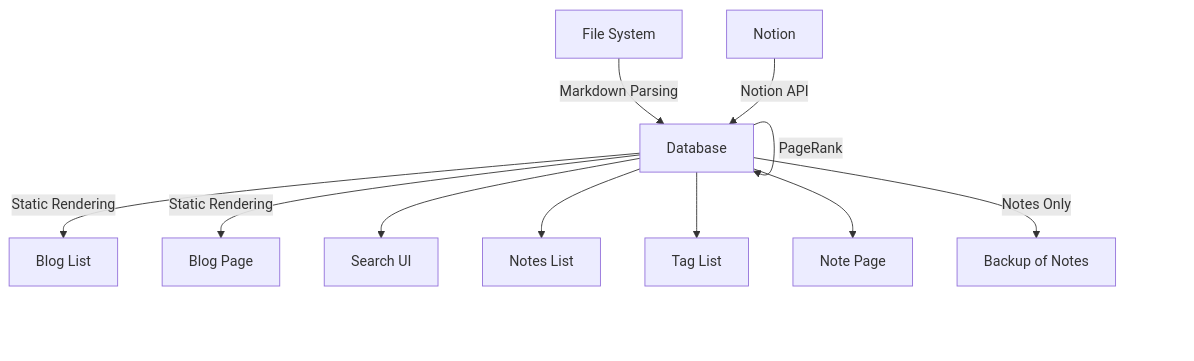
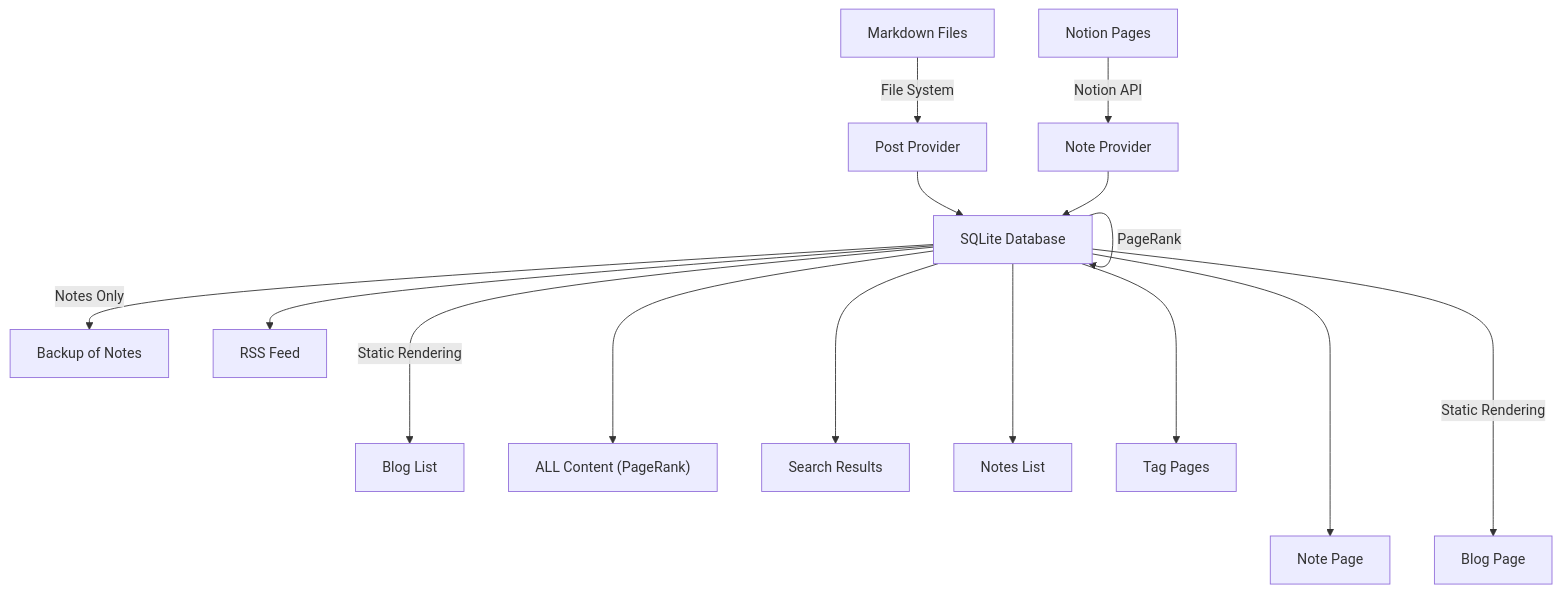
Before and after one commit to captbaritone/jordaneldredge.com: the diagram in README.md, drawn with Mermaid. The commit also changed 15 other files, not shown here.

````diff
--- a/README.md
+++ b/README.md
@@ -39,14 +39,18 @@
 ```mermaid
 graph TD
-    FILE_SYSTEM[File System] -->|Markdown Parsing| DB[Database]
-    DB -->|Static Rendering| BLOG_LIST[Blog List]
-    DB -->|Static Rendering| BLOG_PAGE[Blog Page]
+    MARKDOWN_FILES[Markdown Files] -->|File System| POST_PROVIDER[Post Provider]
+    NOTION[Notion Pages] -->|Notion API| NOTE_PROVIDER[Note Provider]
+    POST_PROVIDER --> DB[SQLite Database]
+    NOTE_PROVIDER --> DB
+    DB -->|Notes Only| BACKUP[Backup of Notes]
+    DB --> RSS[RSS Feed]
+    DB -->|PageRank| DB
+    DB --->|Static Rendering| BLOG_LIST[Blog List]
+    DB ---> ALL_LIST["ALL Content (PageRank)"]
 
-    NOTION[Notion] -->|Notion API| DB
-    DB --> SEARCH[Search UI]
-    DB --> NOTES_LIST[Notes List]
-    DB --> TAG_LIST[Tag List]
-    DB --> NOTE_PAGE[Note Page]
-    DB -->|Notes Only| BACKUP[Backup of Notes]
-    DB -->|PageRank| DB
+    DB ---> SEARCH[Search Results]
+    DB ---> NOTES_LIST[Notes List]
+    DB ---> TAG_Pages[Tag Pages]
+    DB ----> NOTE_PAGE[Note Page]
+    DB ---->|Static Rendering| BLOG_PAGE[Blog Page]
 ```
````
